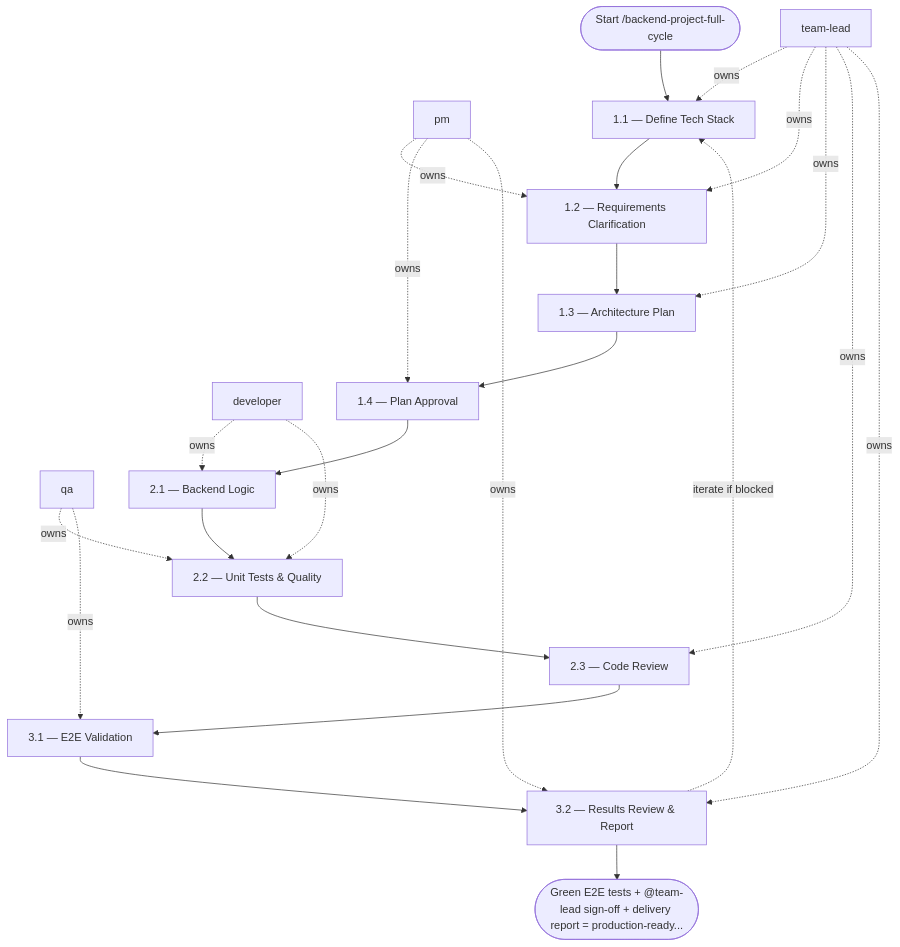
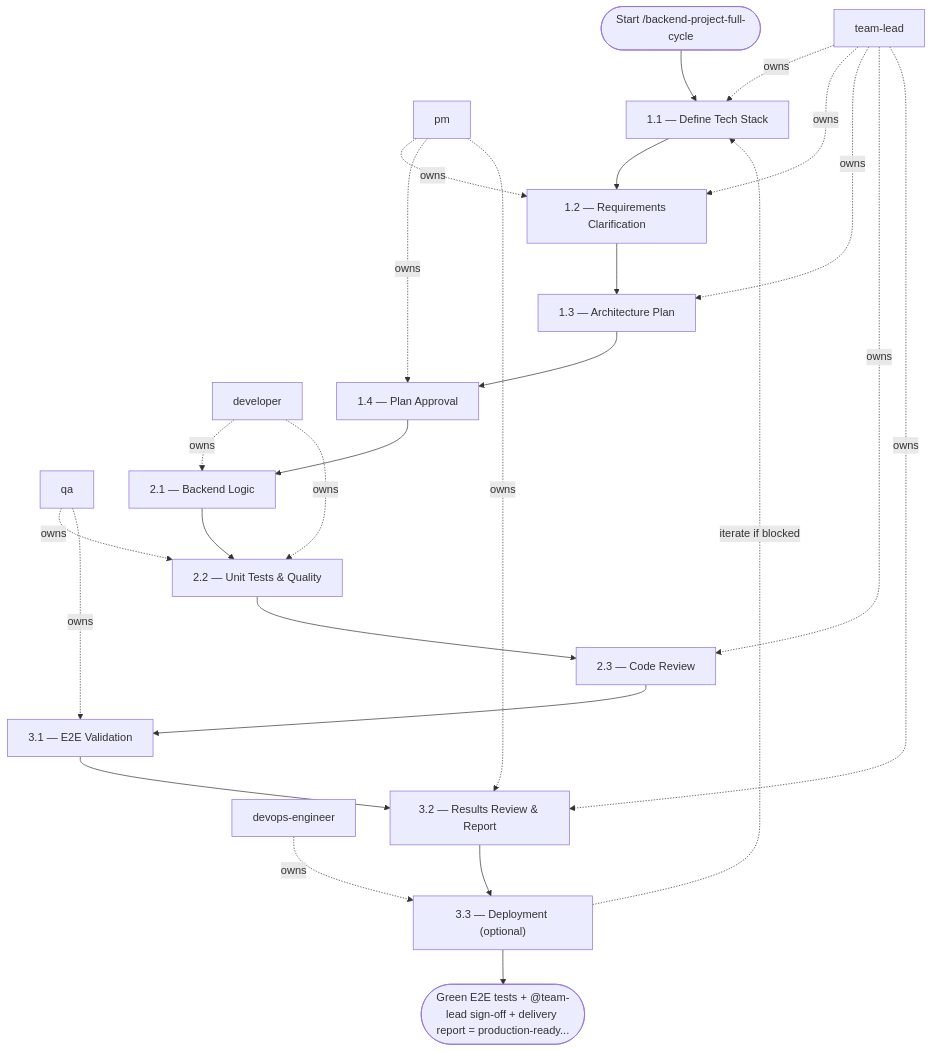
Before and after one commit to sawrus/agent-guides: the diagram in areas/software/full-stack/workflows/backend-project-full-cycle.md, drawn with Mermaid. The commit also changed other lines of this file and 135 other files, not shown here.

````diff
--- a/areas/software/full-stack/workflows/backend-project-full-cycle.md
+++ b/areas/software/full-stack/workflows/backend-project-full-cycle.md
@@ -131,41 +138,45 @@
 ```mermaid
 flowchart TD
   start(["Start /backend-project-full-cycle"])
   role_1["team-lead"]
   role_2["pm"]
   role_3["developer"]
   role_4["qa"]
+  role_5["devops-engineer"]
   step_1["1.1 — Define Tech Stack"]
   step_2["1.2 — Requirements Clarification"]
   step_3["1.3 — Architecture Plan"]
   step_4["1.4 — Plan Approval"]
   step_5["2.1 — Backend Logic"]
   step_6["2.2 — Unit Tests & Quality"]
   step_7["2.3 — Code Review"]
   step_8["3.1 — E2E Validation"]
   step_9["3.2 — Results Review & Report"]
+  step_10["3.3 — Deployment (optional)"]
   exit(["Green E2E tests + @team-lead sign-off + delivery report = production-ready..."])
   start --> step_1
   step_1 --> step_2
   step_2 --> step_3
   step_3 --> step_4
   step_4 --> step_5
   step_5 --> step_6
   step_6 --> step_7
   step_7 --> step_8
   step_8 --> step_9
-  step_9 --> exit
+  step_9 --> step_10
+  step_10 --> exit
   role_1 -. owns .-> step_1
   role_2 -. owns .-> step_2
   role_1 -. owns .-> step_2
   role_1 -. owns .-> step_3
   role_2 -. owns .-> step_4
   role_3 -. owns .-> step_5
   role_3 -. owns .-> step_6
   role_4 -. owns .-> step_6
   role_1 -. owns .-> step_7
   role_4 -. owns .-> step_8
   role_1 -. owns .-> step_9
   role_2 -. owns .-> step_9
-  step_9 -. iterate if blocked .-> step_1
+  role_5 -. owns .-> step_10
+  step_10 -. iterate if blocked .-> step_1
 ```
````
